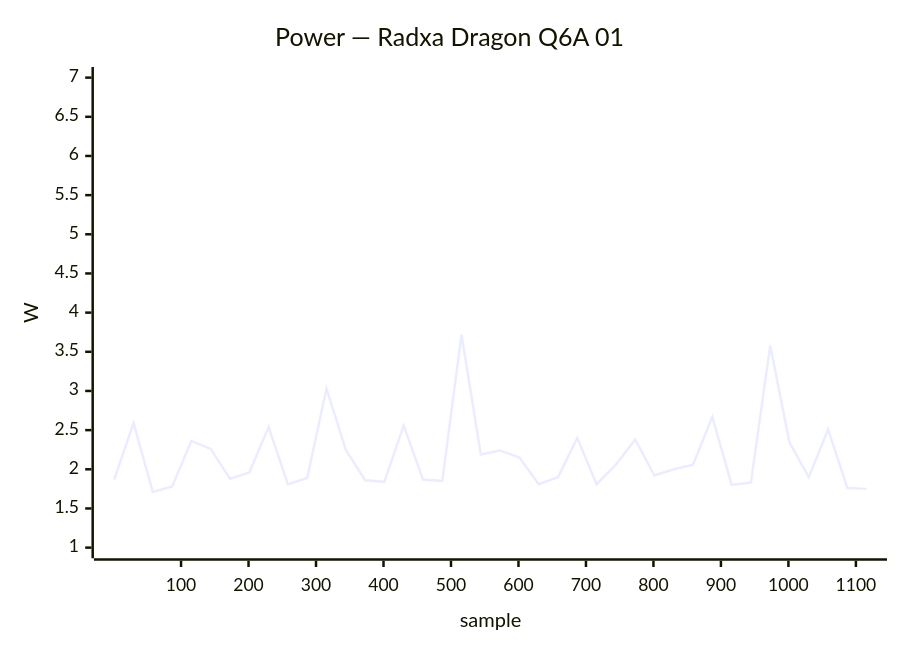
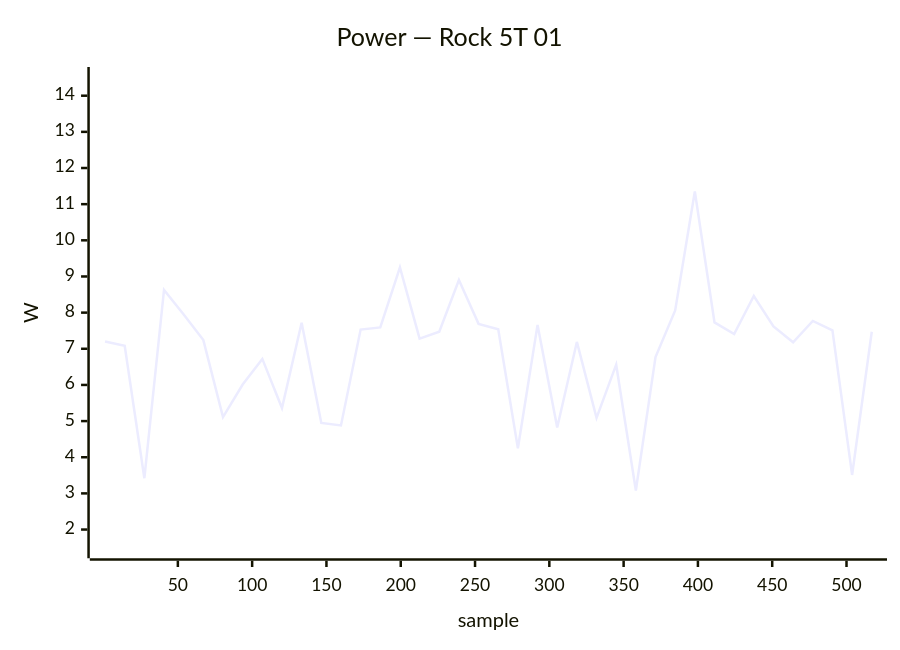
Diagram 12 of 34 in docs/status/board-tests.md (armbian/documentation), drawn with Mermaid before and after one commit. The commit also changed other lines of this file, not shown here.

````diff
--- a/docs/status/board-tests.md
+++ b/docs/status/board-tests.md
@@ -651,7 +670,7 @@
 ```mermaid
 xychart-beta
-    title "Power — Radxa Dragon Q6A 01"
-    x-axis "sample" 1 --> 1116
-    y-axis "W" 1.0 --> 7.0
-    line [1.87, 2.59, 1.71, 1.78, 2.36, 2.26, 1.88, 1.96, 2.54, 1.81, 1.89, 3.03, 2.25, 1.86, 1.84, 2.56, 1.87, 1.85, 3.72, 2.19, 2.24, 2.15, 1.81, 1.90, 2.40, 1.81, 2.06, 2.38, 1.92, 2.00, 2.06, 2.67, 1.80, 1.83, 3.58, 2.34, 1.90, 2.51, 1.76, 1.75]
+    title "Power — Rock 5T 01"
+    x-axis "sample" 1 --> 517
+    y-axis "W" 1.5 --> 14.5
+    line [7.20, 7.08, 3.42, 8.63, 7.95, 7.24, 5.11, 6.01, 6.72, 5.36, 7.72, 4.95, 4.88, 7.53, 7.59, 9.25, 7.28, 7.47, 8.90, 7.69, 7.54, 4.25, 7.66, 4.82, 7.19, 5.09, 6.56, 3.08, 6.77, 8.06, 11.35, 7.73, 7.41, 8.46, 7.62, 7.18, 7.77, 7.51, 3.51, 7.47]
 ```
````
